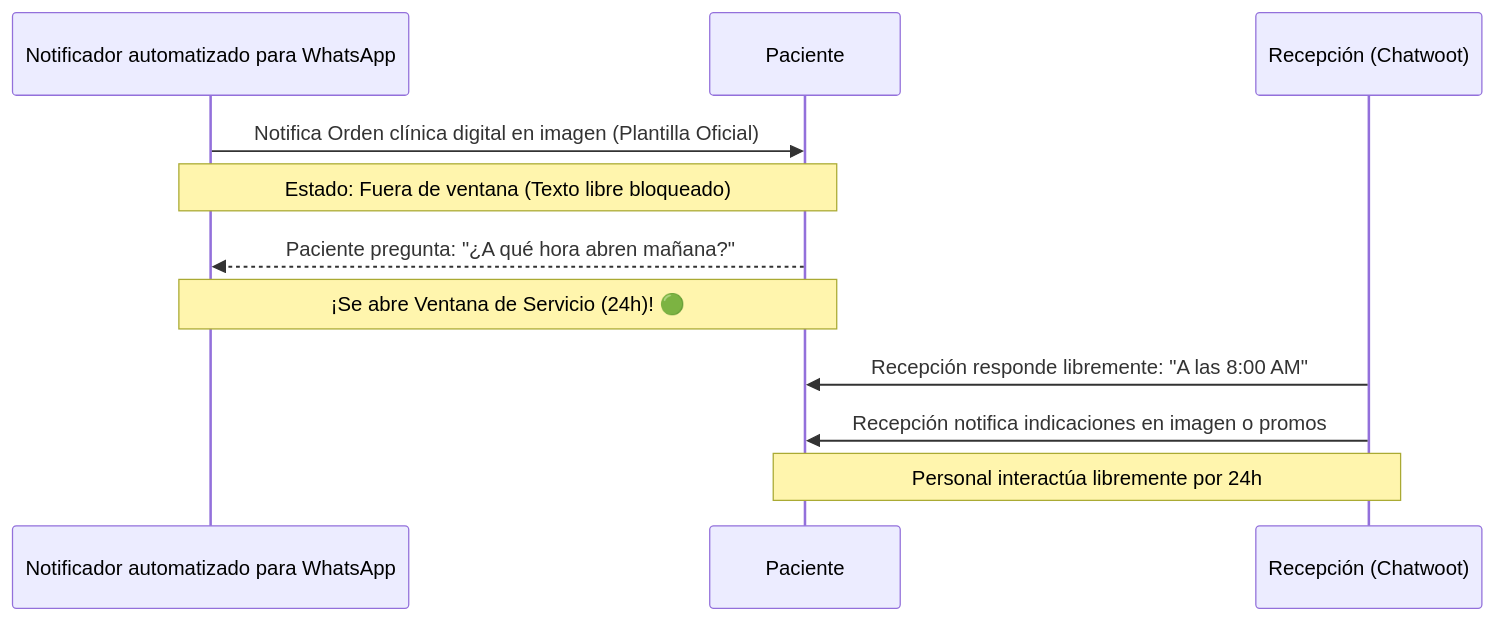
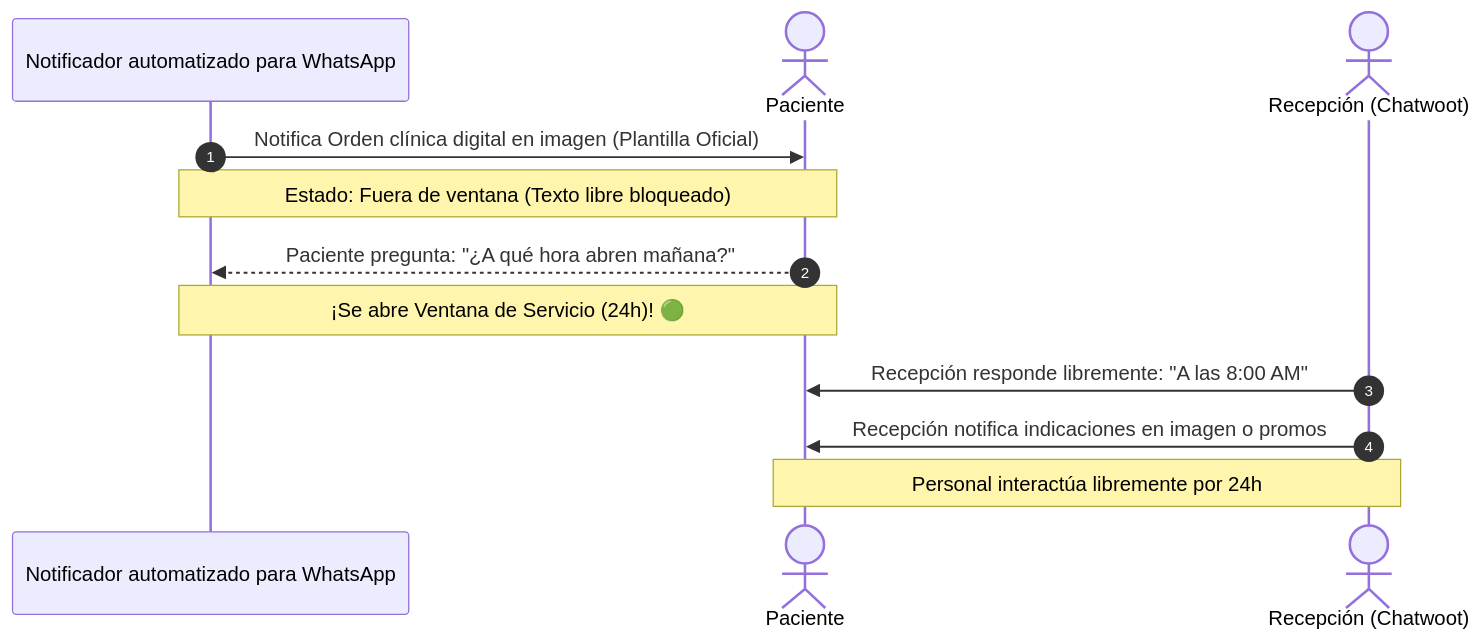
The diagram in portafolio-dev-2026/blocklabgd/contrato-laesh/v1.0/diagramas1.0/diag4_flujo1.mmd (cbenavides/caelitandem_home), drawn with Mermaid before and after one commit. The commit also changed 14 other files, not shown here.

```diff
--- a/portafolio-dev-2026/blocklabgd/contrato-laesh/v1.0/diagramas1.0/diag4_flujo1.mmd
+++ b/portafolio-dev-2026/blocklabgd/contrato-laesh/v1.0/diagramas1.0/diag4_flujo1.mmd
@@ -1,12 +1,13 @@
 sequenceDiagram
+    autonumber
     participant S as Notificador automatizado para WhatsApp
-    participant P as Paciente
-    participant R as Recepción (Chatwoot)
+    actor P as Paciente
+    actor R as Recepción (Chatwoot)
     
     S->>P: Notifica Orden clínica digital en imagen (Plantilla Oficial)
     Note over S, P: Estado: Fuera de ventana (Texto libre bloqueado)
     P-->>S: Paciente pregunta: "¿A qué hora abren mañana?"
     Note over S, P: ¡Se abre Ventana de Servicio (24h)! 🟢
     R->>P: Recepción responde libremente: "A las 8:00 AM"
     R->>P: Recepción notifica indicaciones en imagen o promos
     Note over P, R: Personal interactúa libremente por 24h
```
